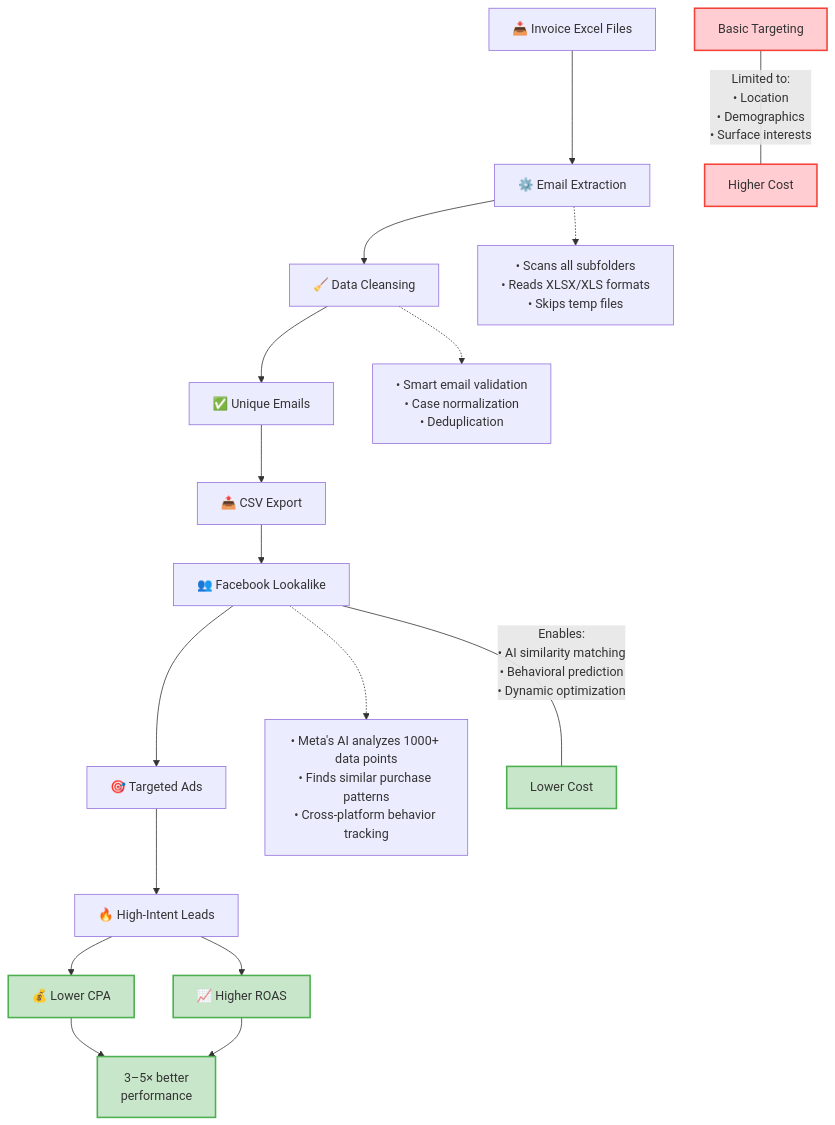
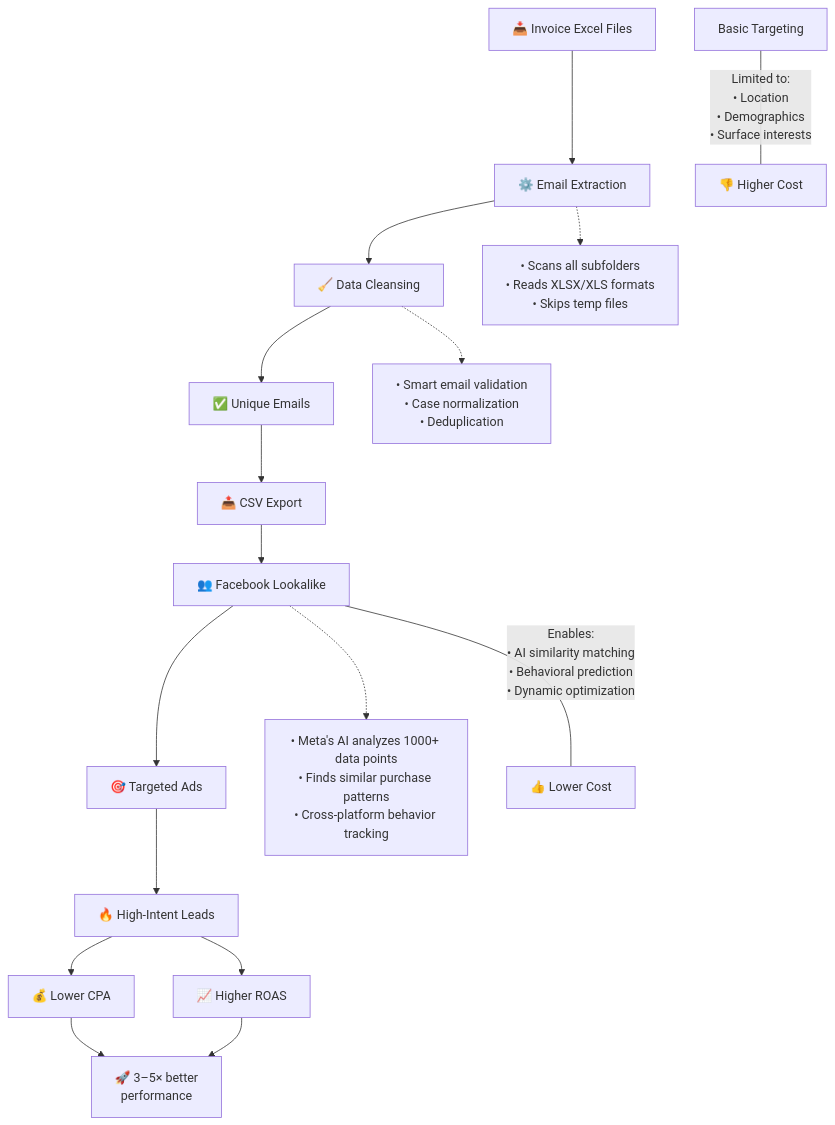
The diagram in README.md (AleksandrVinnik/Excel-Invoice-Email-Parser), drawn with Mermaid before and after one commit.

Commit message:
Readme.md file has been updated.

````diff
--- a/README.md
+++ b/README.md
@@ -23,34 +23,27 @@
 ```mermaid
 graph TD
 
     %% ====== CORE WORKFLOW ====== %%
     A[📥 Invoice Excel Files] --> B[⚙️ Email Extraction]
     B --> C[🧹 Data Cleansing]
     C --> D[✅ Unique Emails]
     D --> E[📤 CSV Export]
     E --> F[👥 Facebook Lookalike]
     F --> G[🎯 Targeted Ads]
     G --> H[🔥 High-Intent Leads]
     
     %% ====== KEY FEATURES ====== %%
     B -.-> B1["• Scans all subfolders<br>• Reads XLSX/XLS formats<br>• Skips temp files"]
     C -.-> C1["• Smart email validation<br>• Case normalization<br>• Deduplication"]
     F -.-> F1["• Meta's AI analyzes 1000+ data points<br>• Finds similar purchase patterns<br>• Cross-platform behavior tracking"]
     
     %% ====== PERFORMANCE BENEFITS ====== %%
     H --> I[💰 Lower CPA]
     H --> J[📈 Higher ROAS]
-    I & J --> K["3–5× better<br>performance"]
+    I & J --> K["🚀 3–5× better<br>performance"]
     
     %% ====== VS BASIC TARGETING ====== %%
-    L[Basic Targeting] --- |"Limited to:<br>• Location<br>• Demographics<br>• Surface interests"| M[Higher Cost]
-    F --- |"Enables:<br>• AI similarity matching<br>• Behavioral prediction<br>• Dynamic optimization"| N[Lower Cost]
-
-    %% ====== STYLING ====== %%
-    classDef positive fill:#c8e6c9,stroke:#4caf50,stroke-width:2px;
-    classDef negative fill:#ffcdd2,stroke:#f44336,stroke-width:2px;
-
-    class I,J,K,N positive;
-    class L,M negative;
+    L[Basic Targeting] --- |"Limited to:<br>• Location<br>• Demographics<br>• Surface interests"| M[👎 Higher Cost]
+    F --- |"Enables:<br>• AI similarity matching<br>• Behavioral prediction<br>• Dynamic optimization"| N[👍 Lower Cost]
 
 ```
````
